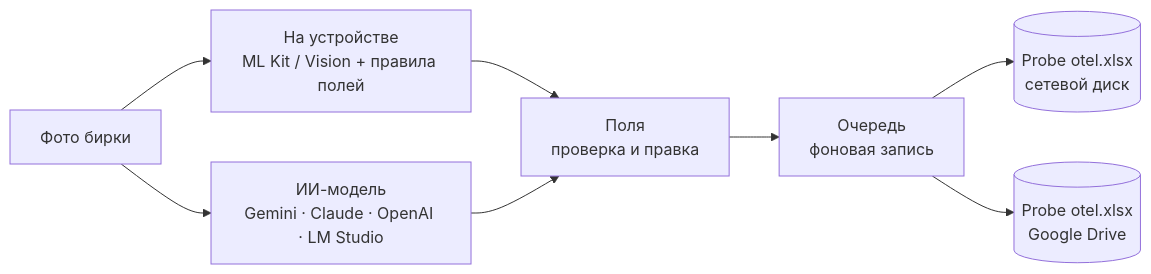
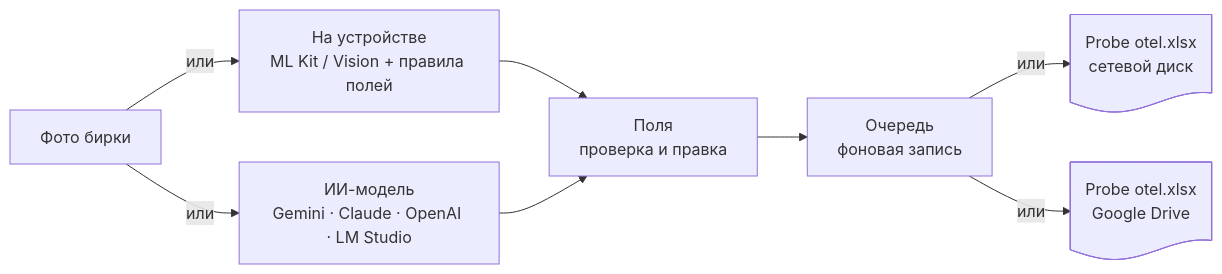
One commit to muhammad-halimov/somascan changed the diagram in README.ru.md. Above: the diagram before and after it, drawn with Mermaid. The commit also changed 1 other file, not shown here.

Commit message:
docs: + README (en / ru) scheme: the log is a document shape instead of a database; the forks are labelled "or" (on device or AI model, network drive or Google Drive)

````diff
--- a/README.ru.md
+++ b/README.ru.md
@@ -39,10 +39,10 @@
 ```mermaid
 flowchart LR
-  photo["Фото бирки"] --> device["На устройстве<br/>ML Kit / Vision + правила полей"]
-  photo --> model["ИИ-модель<br/>Gemini · Claude · OpenAI · LM Studio"]
+  photo["Фото бирки"] -- или --> device["На устройстве<br/>ML Kit / Vision + правила полей"]
+  photo -- или --> model["ИИ-модель<br/>Gemini · Claude · OpenAI · LM Studio"]
   device --> fields["Поля<br/>проверка и правка"]
   model --> fields
   fields --> queue["Очередь<br/>фоновая запись"]
-  queue --> smb[("Probe otel.xlsx<br/>сетевой диск")]
-  queue --> drive[("Probe otel.xlsx<br/>Google Drive")]
+  queue -- или --> smb@{ shape: doc, label: "Probe otel.xlsx<br/>сетевой диск" }
+  queue -- или --> drive@{ shape: doc, label: "Probe otel.xlsx<br/>Google Drive" }
 ```
````
